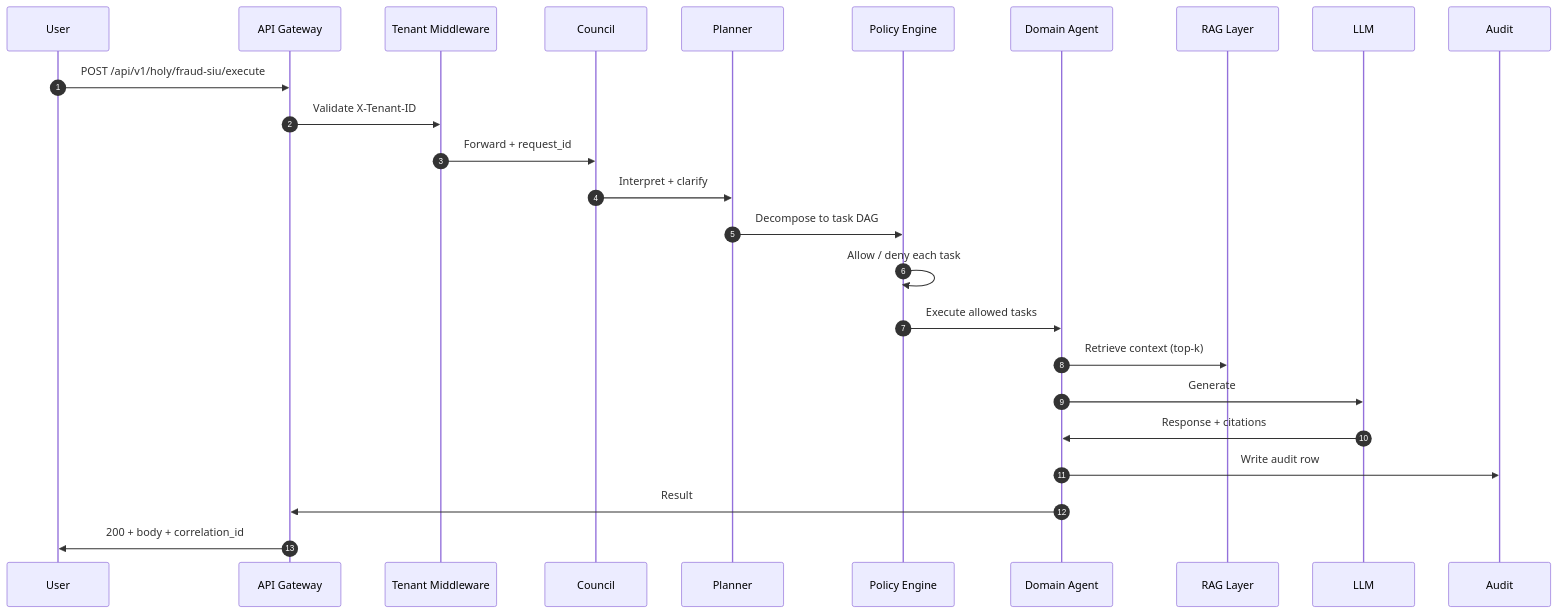
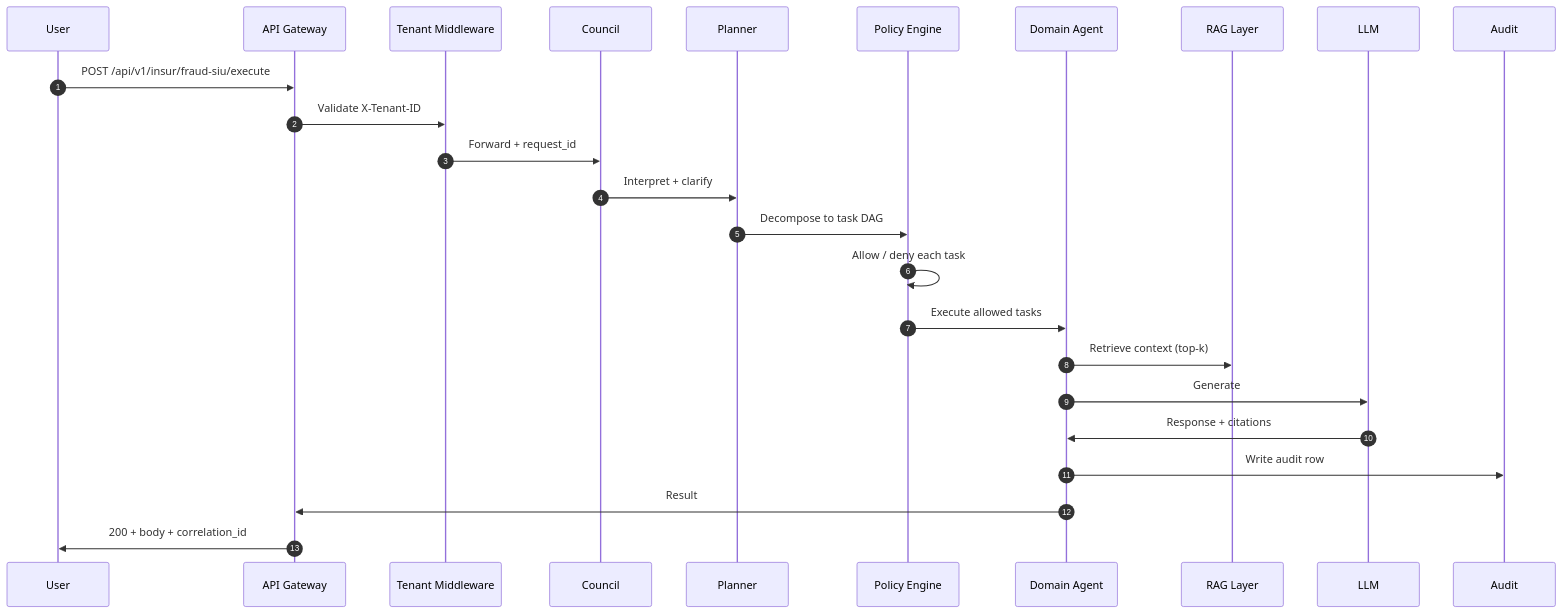
One commit to PraveenAsthana123/insurance changed the second of 2 diagrams in global-ai-org/departments/fraud-siu/business-layer/INSUR_ARCHITECTURE_FLOW.md. Above: the diagram before and after it, drawn with Mermaid. The commit also changed 974 other files, not shown here.

````diff
--- a/global-ai-org/departments/fraud-siu/business-layer/INSUR_ARCHITECTURE_FLOW.md
+++ b/global-ai-org/departments/fraud-siu/business-layer/INSUR_ARCHITECTURE_FLOW.md
@@ -89,28 +89,28 @@
 ```mermaid
 sequenceDiagram
     autonumber
     participant U as User
     participant GW as API Gateway
     participant TM as Tenant Middleware
     participant CO as Council
     participant PL as Planner
     participant PO as Policy Engine
     participant DA as Domain Agent
     participant RAG as RAG Layer
     participant LLM as LLM
     participant AU as Audit
 
-    U->>GW: POST /api/v1/holy/fraud-siu/execute
+    U->>GW: POST /api/v1/insur/fraud-siu/execute
     GW->>TM: Validate X-Tenant-ID
     TM->>CO: Forward + request_id
     CO->>PL: Interpret + clarify
     PL->>PO: Decompose to task DAG
     PO->>PO: Allow / deny each task
     PO->>DA: Execute allowed tasks
     DA->>RAG: Retrieve context (top-k)
     DA->>LLM: Generate
     LLM->>DA: Response + citations
     DA->>AU: Write audit row
     DA->>GW: Result
     GW->>U: 200 + body + correlation_id
 ```
````
